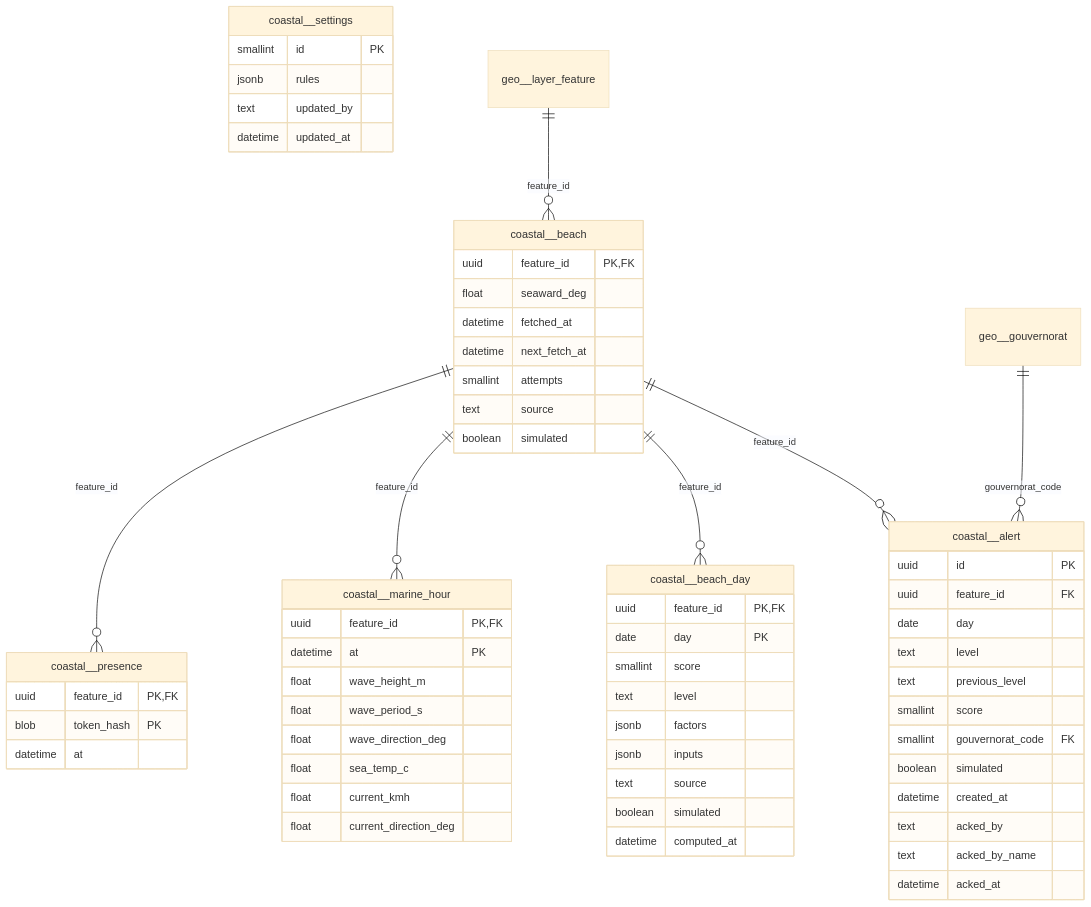
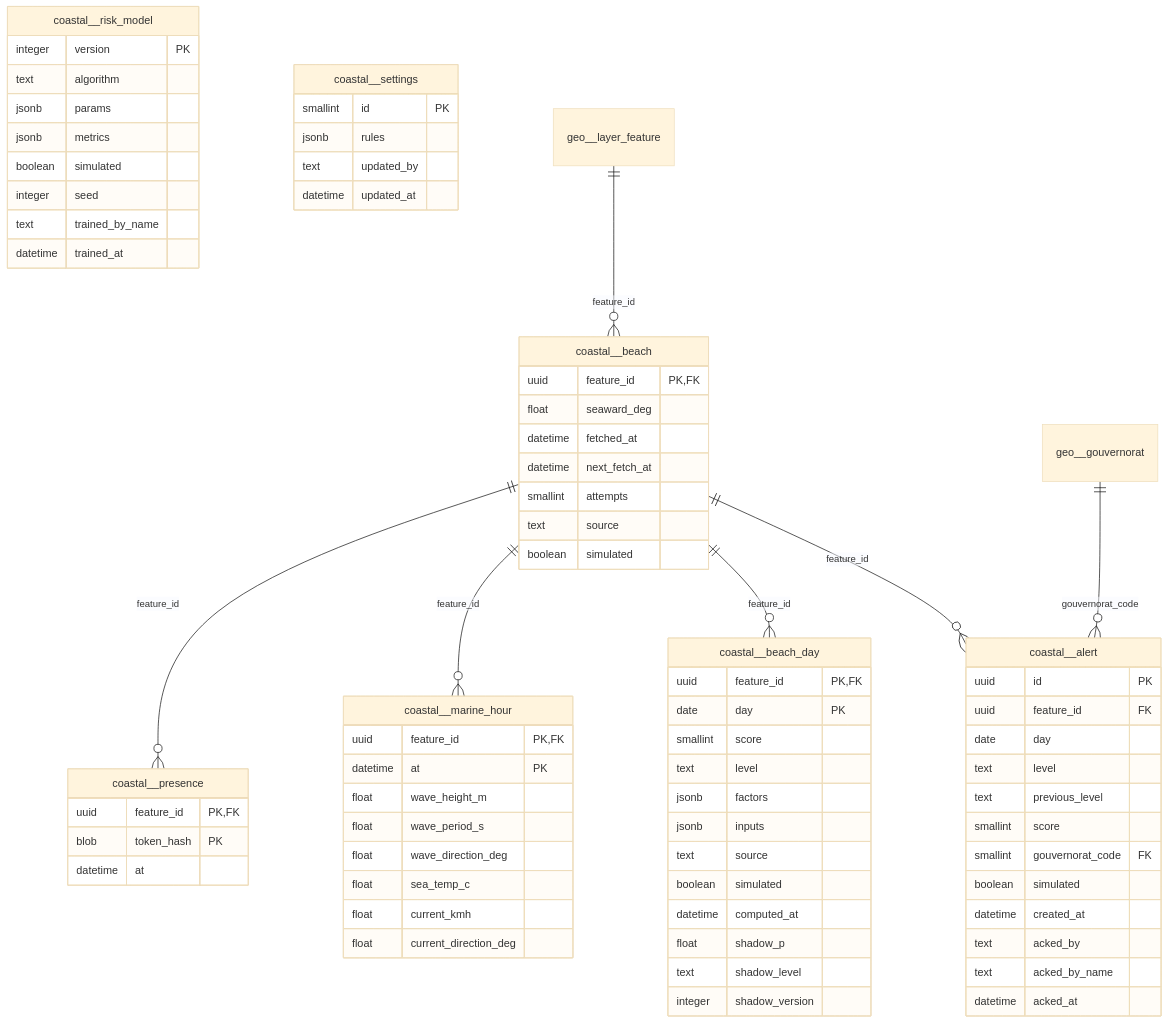
One commit to mouhabouk/E-HIMAYA changed the fifth of 31 diagrams in docs/erd.md. Above: the diagram before and after it, drawn with Mermaid (base theme). The commit also changed other lines of this file and 8 other files, not shown here.

First line of the commit message:
L5c: completion anomaly test, the date bound fixed, the model cards in the accessibility scan, OpenAPI, ERD and the design notes

````diff
--- a/docs/erd.md
+++ b/docs/erd.md
@@ -169,64 +198,77 @@
 ```mermaid
 erDiagram
     coastal__alert {
         uuid id PK
         uuid feature_id FK
         date day
         text level
         text previous_level
         smallint score
         smallint gouvernorat_code FK
         boolean simulated
         datetime created_at
         text acked_by
         text acked_by_name
         datetime acked_at
     }
     coastal__beach {
         uuid feature_id PK,FK
         float seaward_deg
         datetime fetched_at
         datetime next_fetch_at
         smallint attempts
         text source
         boolean simulated
     }
     coastal__beach_day {
         uuid feature_id PK,FK
         date day PK
         smallint score
         text level
         jsonb factors
         jsonb inputs
         text source
         boolean simulated
         datetime computed_at
+        float shadow_p
+        text shadow_level
+        integer shadow_version
     }
     coastal__marine_hour {
         uuid feature_id PK,FK
         datetime at PK
         float wave_height_m
         float wave_period_s
         float wave_direction_deg
         float sea_temp_c
         float current_kmh
         float current_direction_deg
     }
     coastal__presence {
         uuid feature_id PK,FK
         blob token_hash PK
         datetime at
     }
+    coastal__risk_model {
+        integer version PK
+        text algorithm
+        jsonb params
+        jsonb metrics
+        boolean simulated
+        integer seed
+        text trained_by_name
+        datetime trained_at
+    }
     coastal__settings {
         smallint id PK
         jsonb rules
         text updated_by
         datetime updated_at
     }
     coastal__beach ||--o{ coastal__alert : "feature_id"
     coastal__beach ||--o{ coastal__beach_day : "feature_id"
     coastal__beach ||--o{ coastal__marine_hour : "feature_id"
     coastal__beach ||--o{ coastal__presence : "feature_id"
     geo__gouvernorat ||--o{ coastal__alert : "gouvernorat_code"
     geo__layer_feature ||--o{ coastal__beach : "feature_id"
 ```
````
